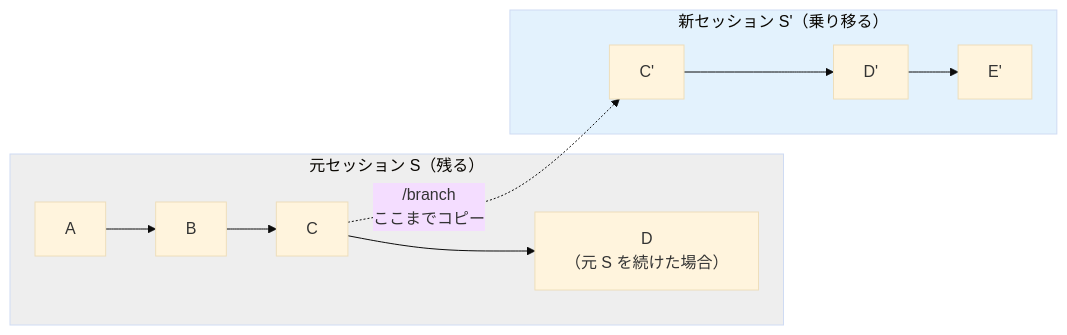
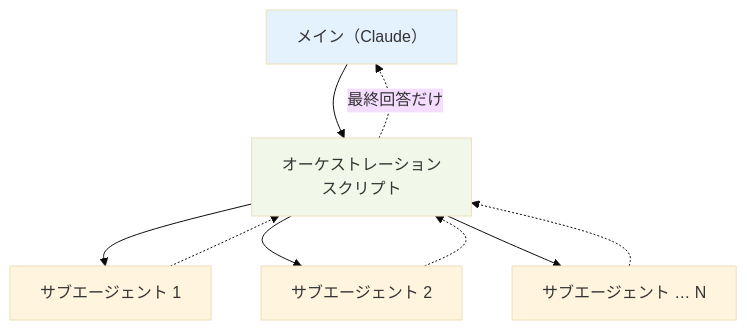
One commit to uehaj/zenn-articles changed the tenth of 11 diagrams in articles/claude-code-fork-branch-rewind-btw.md. Above: the diagram before and after it, drawn with Mermaid (base theme). The commit also changed other lines of this file, not shown here.

First line of the commit message:
feat: publish claude-code-fork-branch-rewind-btw article

````diff
--- a/articles/claude-code-fork-branch-rewind-btw.md
+++ b/articles/claude-code-fork-branch-rewind-btw.md
@@ -238,23 +335,13 @@
 ```mermaid
-graph LR
-    A["A"] --> B["B"] --> C["C"]
-    C -."/branch<br/>ここまでコピー".-> Cd["C'"]
-    Cd --> Dd["D'"] --> Ed["E'"]
-
-    C --> D["D<br/>（元 S を続けた場合）"]
-
-    subgraph S["元セッション S（残る）"]
-        A
-        B
-        C
-        D
-    end
-    subgraph Sd["新セッション S'（乗り移る）"]
-        Cd
-        Dd
-        Ed
-    end
-
-    style S fill:#eeeeee
-    style Sd fill:#e3f2fd
+graph TD
+    M["メイン（Claude）"] --> S["オーケストレーション<br/>スクリプト"]
+    S --> W1["サブエージェント 1"]
+    S --> W2["サブエージェント 2"]
+    S --> W3["サブエージェント … N"]
+    W1 -.-> S
+    W2 -.-> S
+    W3 -.-> S
+    S -."最終回答だけ".-> M
+    style M fill:#e3f2fd
+    style S fill:#f1f8e9
 ```
````
